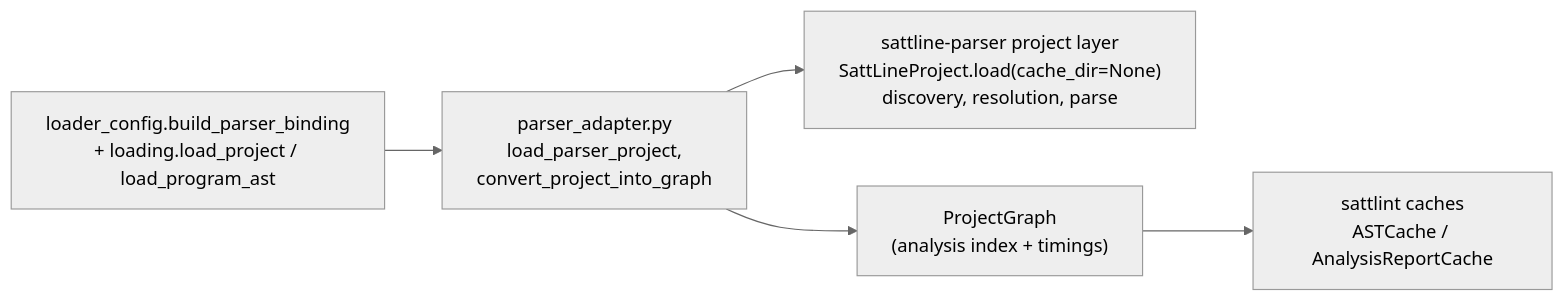
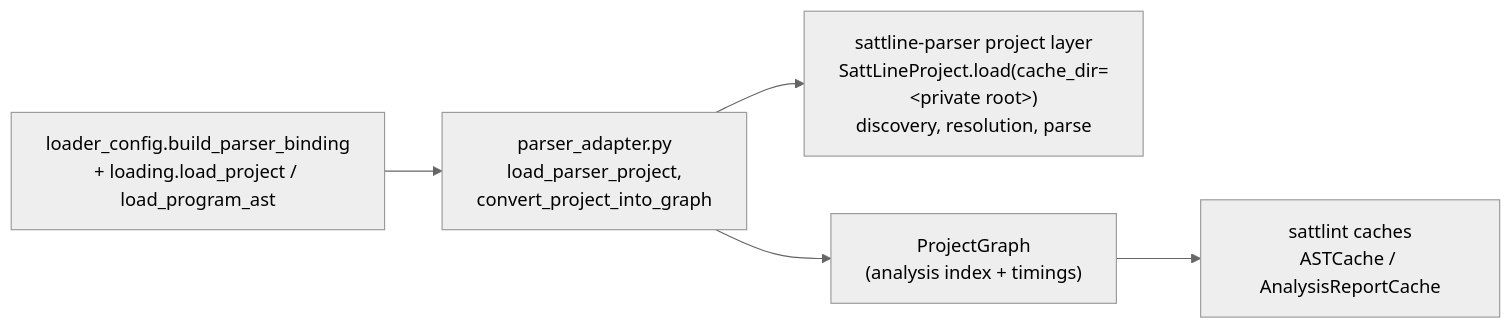
The fifth of 6 diagrams in ARCHITECTURE.md (SorenHJohansen/SattLint), drawn with Mermaid (neutral theme) before and after one commit. The commit also changed other lines of this file and 31 other files, not shown here.

````diff
--- a/ARCHITECTURE.md
+++ b/ARCHITECTURE.md
@@ -151,12 +151,12 @@
 ```mermaid
 flowchart LR
 Loading["loader_config.build_parser_binding<br/>+ loading.load_project / load_program_ast"]
     Adapter["parser_adapter.py<br/>load_parser_project,<br/>convert_project_into_graph"]
-    Parser["sattline-parser project layer<br/>SattLineProject.load(cache_dir=None)<br/>discovery, resolution, parse"]
+    Parser["sattline-parser project layer<br/>SattLineProject.load(cache_dir=&lt;private root&gt;)<br/>discovery, resolution, parse"]
     Graph["ProjectGraph<br/>(analysis index + timings)"]
     SattLint["sattlint caches<br/>ASTCache / AnalysisReportCache"]
 
     Loading --> Adapter --> Parser
     Adapter --> Graph
     Graph --> SattLint
 ```
````
